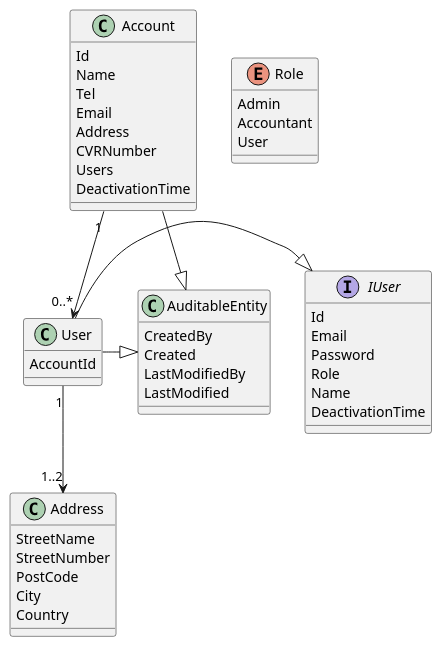
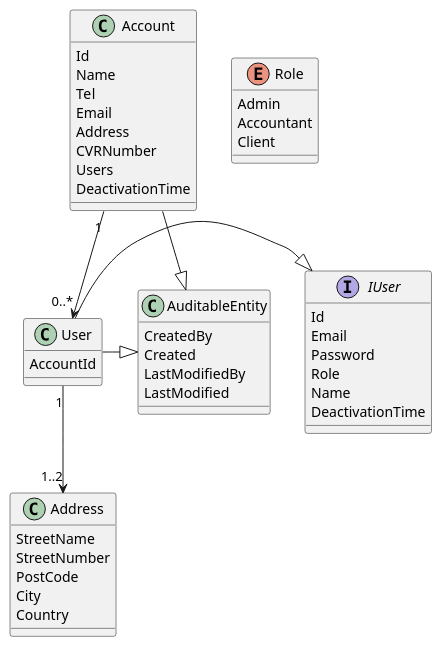
Before and after one commit to morteniorden/client_dansk-gartneri_indberetning: the diagram in docs/entity-datamodel.md, drawn with PlantUML. The commit also changed 12 other files, not shown here.

```diff
--- a/docs/entity-datamodel.md
+++ b/docs/entity-datamodel.md
@@ -1,54 +1,54 @@
 @startuml
 
 class AuditableEntity {
   CreatedBy
   Created
   LastModifiedBy
   LastModified
 }
 
 interface IUser {
   Id
   Email
   Password
   Role
   Name
   DeactivationTime
 }
 
 class Account {
   Id
   Name
   Tel
   Email
   Address
   CVRNumber
   Users
   DeactivationTime
 }
 
 class User {
   AccountId
 }
 
 enum Role {
   Admin
   Accountant
-  User
+  Client
 }
 
 class Address {
   StreetName
   StreetNumber
   PostCode
   City
   Country
 }
 
 User -|> IUser
 User -|> AuditableEntity
 Account -|> AuditableEntity
 Account "1"-->"0..*" User
 User "1"-->"1..2" Address
 
 @enduml
```
